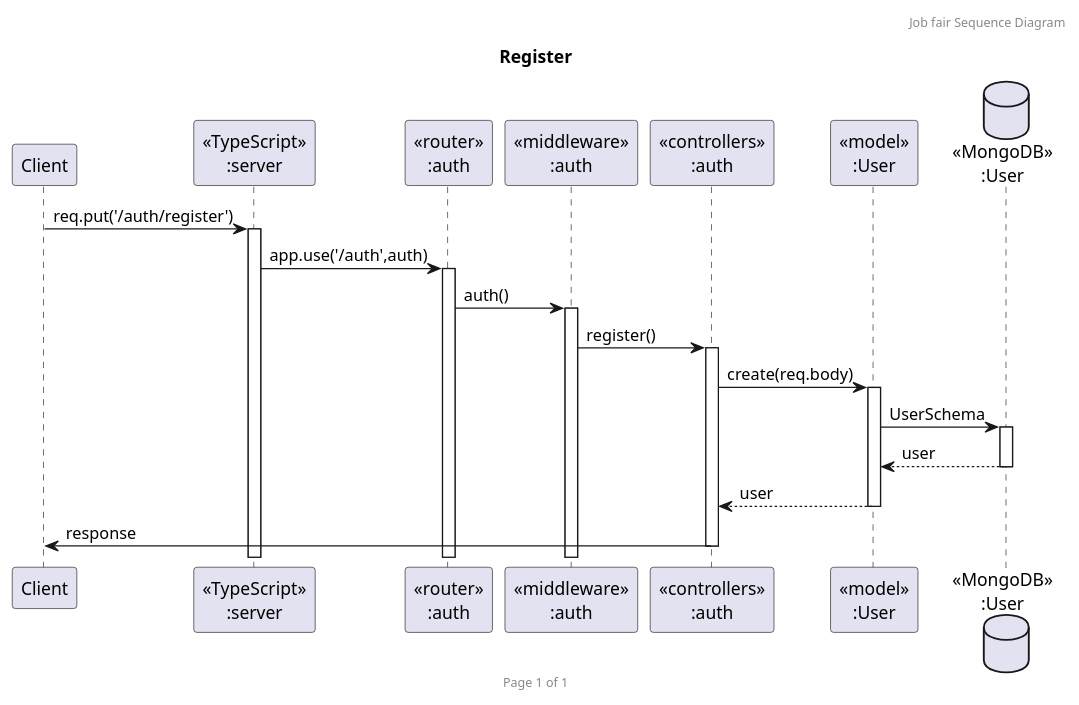
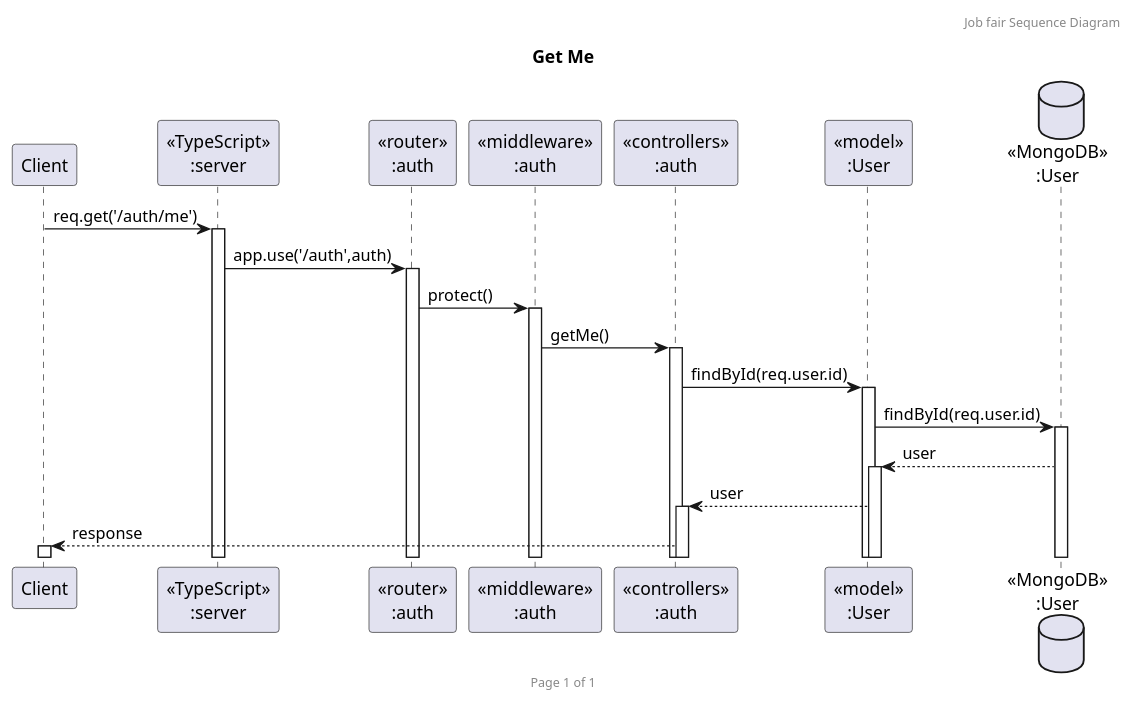
Before and after one commit to TeerapatChan/CU-JobfairBackend: the diagram in diagram/sequence_auth.puml, drawn with PlantUML. The commit also changed 7 other files, not shown here.

```diff
--- a/diagram/sequence_auth.puml
+++ b/diagram/sequence_auth.puml
@@ -1,53 +1,53 @@
-@startuml Register
+@startuml Get Me
 
 header Job fair Sequence Diagram
 footer Page %page% of %lastpage%
 ' title "Authentication"
-title Register
+title Get Me
 participant "Client" as client
 participant "<<TypeScript>>\n:server" as server
 participant "<<router>>\n:auth" as routerUsers
 participant "<<middleware>>\n:auth" as middlewareUsers
 participant "<<controllers>>\n:auth" as controllersUsers
 participant "<<model>>\n:User" as modelUser
 database "<<MongoDB>>\n:User" as UserDatabase
 
 ' alt Register
-    client->server ++:req.put('/auth/register')
-    server->routerUsers ++:app.use('/auth',auth)
-    routerUsers->middlewareUsers ++:auth()
-    middlewareUsers->controllersUsers ++:register()
-    controllersUsers->modelUser ++:create(req.body)
-    modelUser->UserDatabase ++:UserSchema
-    UserDatabase-->modelUser --:user
-    controllersUsers <-- modelUser --:user
-    controllersUsers-> client --:response
+    ' client->server ++:req.post('/auth/register')
+    ' server->routerUsers ++:app.use('/auth',auth)
+    ' routerUsers->middlewareUsers ++:auth()
+    ' middlewareUsers->controllersUsers ++:register()
+    ' controllersUsers->modelUser ++:create(req.body)
+    ' modelUser->UserDatabase ++:UserSchema
+    ' UserDatabase-->modelUser --:user
+    ' controllersUsers <-- modelUser --:user
+    ' controllersUsers-> client --:response
 ' end
 ' alt Login
-    ' client->server ++:req.put('/auth/login')
+    ' client->server ++:req.post('/auth/login')
     ' server->routerUsers ++:app.use('/auth',auth)
     ' routerUsers->controllersUsers ++:login()
     ' controllersUsers->modelUser ++:findOne(req.body())
     ' modelUser->UserDatabase ++:UserSchema
     ' UserDatabase-->modelUser --:user
     ' controllersUsers <-- modelUser --:user
 ' end
 ' alt Logout
-    ' client->server ++:req.put('/auth/logout')
+    ' client->server ++:req.get('/auth/logout')
     ' server->routerUsers ++:app.use('/auth',auth)
     ' routerUsers->middlewareUsers ++:protect()
     ' middlewareUsers->controllersUsers ++:logout()
     ' controllersUsers-> client ++:response
 ' end
 ' alt Get Me
-    ' client->server ++:req.put('/auth/me')
-    ' server->routerUsers ++:app.use('/auth',auth)
-    ' routerUsers->middlewareUsers ++:protect()
-    ' middlewareUsers->controllersUsers ++:getMe()
-    ' controllersUsers->modelUser ++:findById(req.user.id)
-    ' modelUser->UserDatabase ++:findById(req.user.id)
-    ' UserDatabase-->modelUser ++:user
-    ' modelUser-->controllersUsers ++:user
-    ' controllersUsers-->client ++:response
+    client->server ++:req.get('/auth/me')
+    server->routerUsers ++:app.use('/auth',auth)
+    routerUsers->middlewareUsers ++:protect()
+    middlewareUsers->controllersUsers ++:getMe()
+    controllersUsers->modelUser ++:findById(req.user.id)
+    modelUser->UserDatabase ++:findById(req.user.id)
+    UserDatabase-->modelUser ++:user
+    modelUser-->controllersUsers ++:user
+    controllersUsers-->client ++:response
 ' end
 @enduml
```
